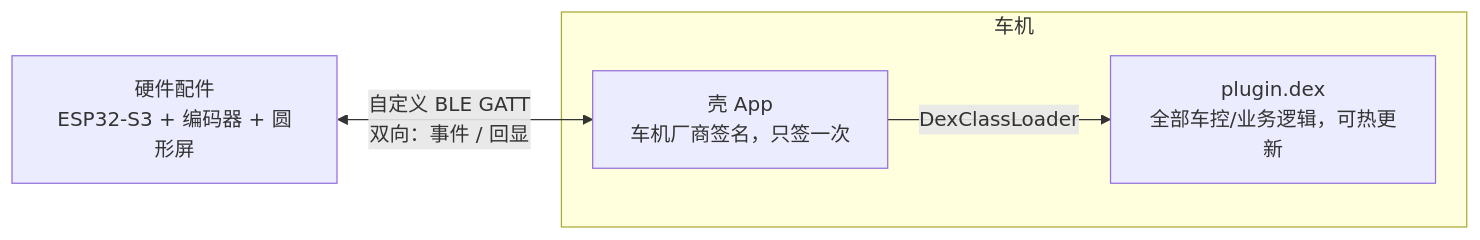
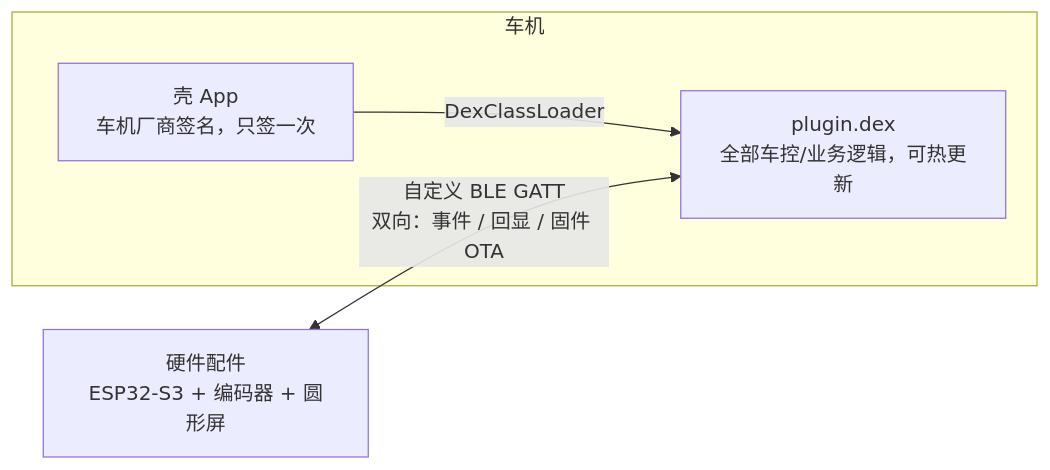
Before and after one commit to 1carusX/Knob: the diagram in README.md, drawn with Mermaid. The commit also changed other lines of this file and 1 other file, not shown here.

````diff
--- a/README.md
+++ b/README.md
@@ -10,10 +10,10 @@
 ```mermaid
 flowchart LR
     HW["硬件配件<br/>ESP32-S3 + 编码器 + 圆形屏"]
     subgraph CAR["车机"]
         SHELL["壳 App<br/>车机厂商签名，只签一次"]
         DEX["plugin.dex<br/>全部车控/业务逻辑，可热更新"]
         SHELL -- DexClassLoader --> DEX
     end
-    HW <-- "自定义 BLE GATT<br/>双向：事件 / 回显" --> SHELL
+    HW <-- "自定义 BLE GATT<br/>双向：事件 / 回显 / 固件 OTA" --> DEX
 ```
````
